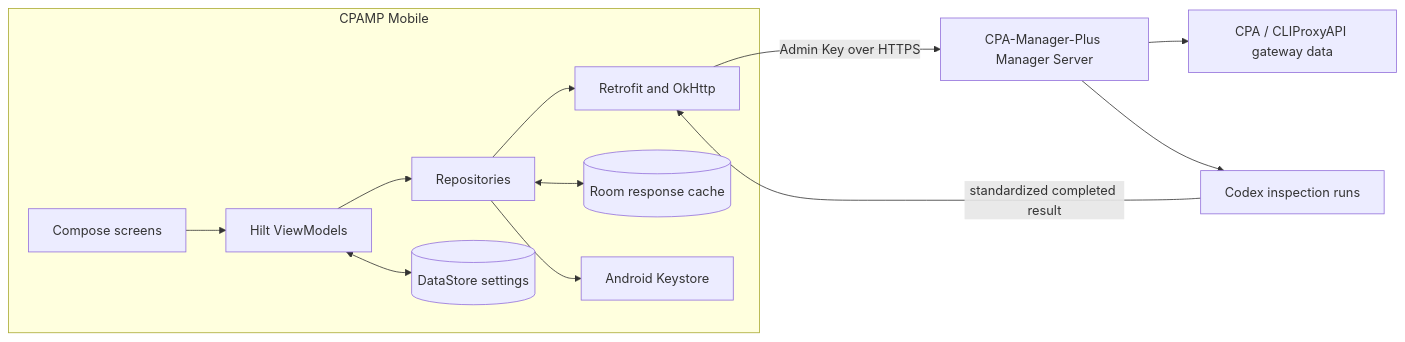
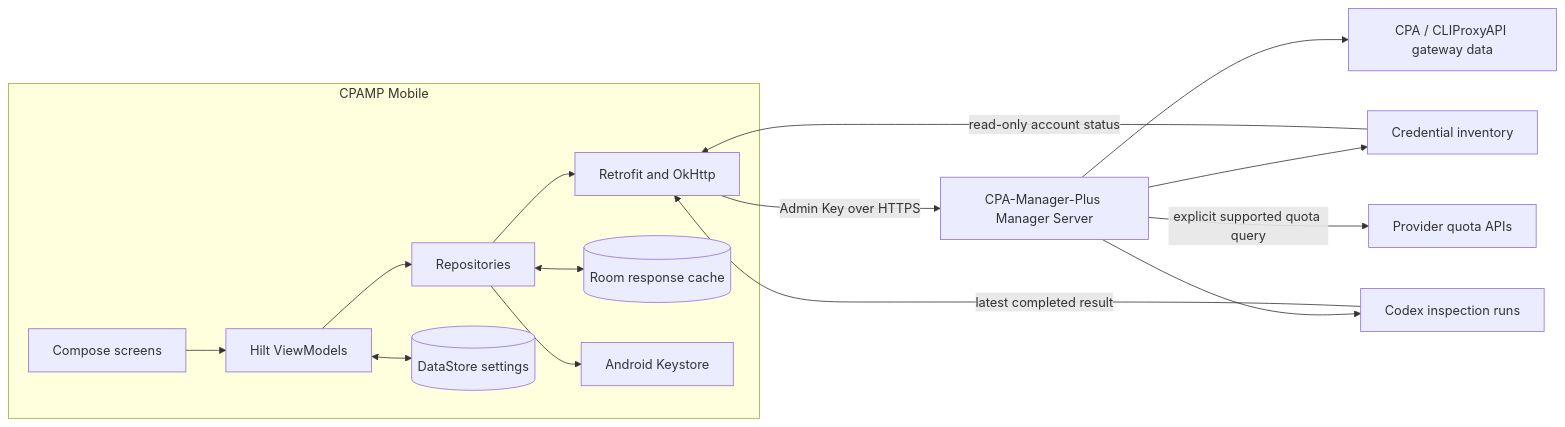
Before and after one commit to qaz6750/CPAMP-Mobile: the diagram in README.md, drawn with Mermaid. The commit also changed other lines of this file, not shown here.

````diff
--- a/README.md
+++ b/README.md
@@ -63,23 +63,26 @@
 ```mermaid
 flowchart LR
 	subgraph Android[CPAMP Mobile]
 		UI[Compose screens]
 		VM[Hilt ViewModels]
 		Repositories[Repositories]
 		HTTP[Retrofit and OkHttp]
 		Room[(Room response cache)]
 		Preferences[(DataStore settings)]
 		Keystore[Android Keystore]
 
 		UI --> VM --> Repositories
 		Repositories --> HTTP
 		Repositories <--> Room
 		VM <--> Preferences
 		Repositories --> Keystore
 	end
 
 	HTTP -->|Admin Key over HTTPS| Manager[CPA-Manager-Plus Manager Server]
 	Manager --> Gateway[CPA / CLIProxyAPI gateway data]
+	Manager --> Inventory[Credential inventory]
 	Manager --> Inspection[Codex inspection runs]
-	Inspection -->|standardized completed result| HTTP
+	Inventory -->|read-only account status| HTTP
+	Inspection -->|latest completed result| HTTP
+	Manager -->|explicit supported quota query| Providers[Provider quota APIs]
 ```
````
